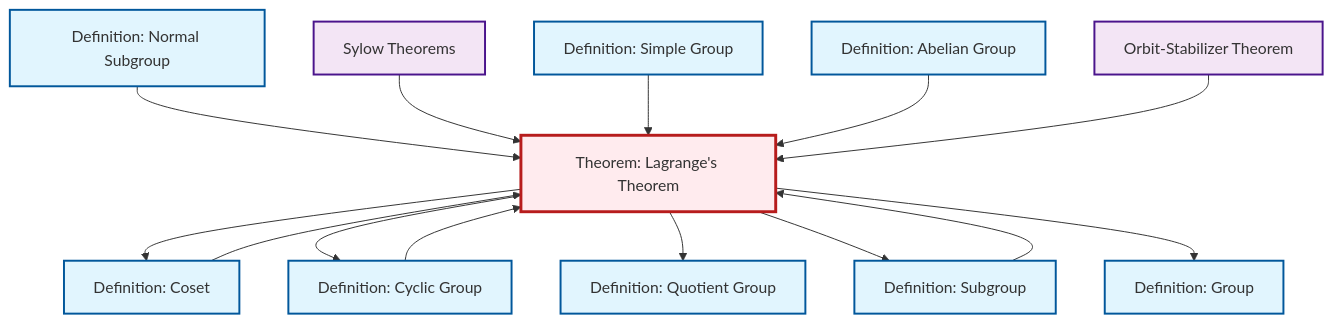
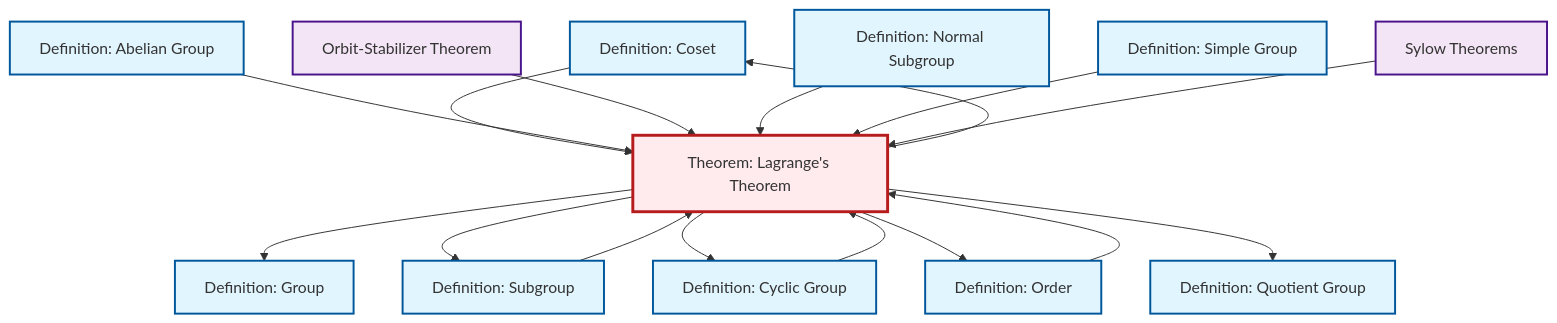
The diagram in content/en/algebra/thm-lagrange.qmd (RK0429/ModernMath), drawn with Mermaid before and after one commit. The commit also changed other lines of this file and 36 other files, not shown here.

````diff
--- a/content/en/algebra/thm-lagrange.qmd
+++ b/content/en/algebra/thm-lagrange.qmd
@@ -50,44 +52,48 @@
 ```{mermaid}
 %%| fig-cap: "Local dependency graph"
 graph TD
     classDef definition fill:#e1f5fe,stroke:#01579b,stroke-width:2px
     classDef theorem fill:#f3e5f5,stroke:#4a148c,stroke-width:2px
     classDef axiom fill:#fff3e0,stroke:#e65100,stroke-width:2px
     classDef example fill:#e8f5e9,stroke:#1b5e20,stroke-width:2px
     classDef current fill:#ffebee,stroke:#b71c1c,stroke-width:3px
+    def-group["Definition: Group"]:::definition
+    def-coset["Definition: Coset"]:::definition
+    thm-sylow["Sylow Theorems"]:::theorem
+    thm-lagrange["Theorem: Lagrange's Theorem"]:::theorem
+    def-cyclic-group["Definition: Cyclic Group"]:::definition
     def-quotient-group["Definition: Quotient Group"]:::definition
+    def-subgroup["Definition: Subgroup"]:::definition
+    thm-orbit-stabilizer["Orbit-Stabilizer Theorem"]:::theorem
+    def-order["Definition: Order"]:::definition
+    def-simple-group["Definition: Simple Group"]:::definition
     def-abelian-group["Definition: Abelian Group"]:::definition
-    def-subgroup["Definition: Subgroup"]:::definition
-    def-simple-group["Definition: Simple Group"]:::definition
-    def-cyclic-group["Definition: Cyclic Group"]:::definition
-    def-group["Definition: Group"]:::definition
-    thm-sylow["Sylow Theorems"]:::theorem
     def-normal-subgroup["Definition: Normal Subgroup"]:::definition
-    thm-orbit-stabilizer["Orbit-Stabilizer Theorem"]:::theorem
-    def-coset["Definition: Coset"]:::definition
-    thm-lagrange["Theorem: Lagrange's Theorem"]:::theorem
+    thm-lagrange --> def-group
+    thm-lagrange --> def-subgroup
+    def-coset --> thm-lagrange
+    def-cyclic-group --> thm-lagrange
+    def-abelian-group --> thm-lagrange
+    thm-orbit-stabilizer --> thm-lagrange
     def-normal-subgroup --> thm-lagrange
+    thm-lagrange --> def-coset
+    def-simple-group --> thm-lagrange
+    thm-lagrange --> def-cyclic-group
+    thm-lagrange --> def-order
+    thm-lagrange --> def-quotient-group
     thm-sylow --> thm-lagrange
-    def-simple-group --> thm-lagrange
     def-subgroup --> thm-lagrange
-    def-abelian-group --> thm-lagrange
-    thm-lagrange --> def-coset
-    thm-lagrange --> def-cyclic-group
-    thm-orbit-stabilizer --> thm-lagrange
-    def-coset --> thm-lagrange
-    thm-lagrange --> def-quotient-group
-    def-cyclic-group --> thm-lagrange
-    thm-lagrange --> def-subgroup
-    thm-lagrange --> def-group
+    def-order --> thm-lagrange
     class thm-lagrange current
+    click def-group "def-group.html" "Go to Group definition"
+    click def-coset "def-coset.html" "Go to Coset definition"
+    click thm-sylow "thm-sylow.html" "Go to Sylow Theorems"
+    click def-cyclic-group "def-cyclic-group.html" "Go to Cyclic Group definition"
     click def-quotient-group "def-quotient-group.html" "Go to Quotient Group definition"
+    click def-subgroup "def-subgroup.html" "Go to Subgroup definition"
+    click thm-orbit-stabilizer "thm-orbit-stabilizer.html" "Go to Orbit-Stabilizer Theorem"
+    click def-order "def-order.html" "Go to Order definition"
+    click def-simple-group "def-simple-group.html" "Go to Simple Group definition"
     click def-abelian-group "def-abelian-group.html" "Go to Abelian Group definition"
-    click def-subgroup "def-subgroup.html" "Go to Subgroup definition"
-    click def-simple-group "def-simple-group.html" "Go to Simple Group definition"
-    click def-cyclic-group "def-cyclic-group.html" "Go to Cyclic Group definition"
-    click def-group "def-group.html" "Go to Group definition"
-    click thm-sylow "thm-sylow.html" "Go to Sylow Theorems"
     click def-normal-subgroup "def-normal-subgroup.html" "Go to Normal Subgroup definition"
-    click thm-orbit-stabilizer "thm-orbit-stabilizer.html" "Go to Orbit-Stabilizer Theorem"
-    click def-coset "def-coset.html" "Go to Coset definition"
 ```
````
